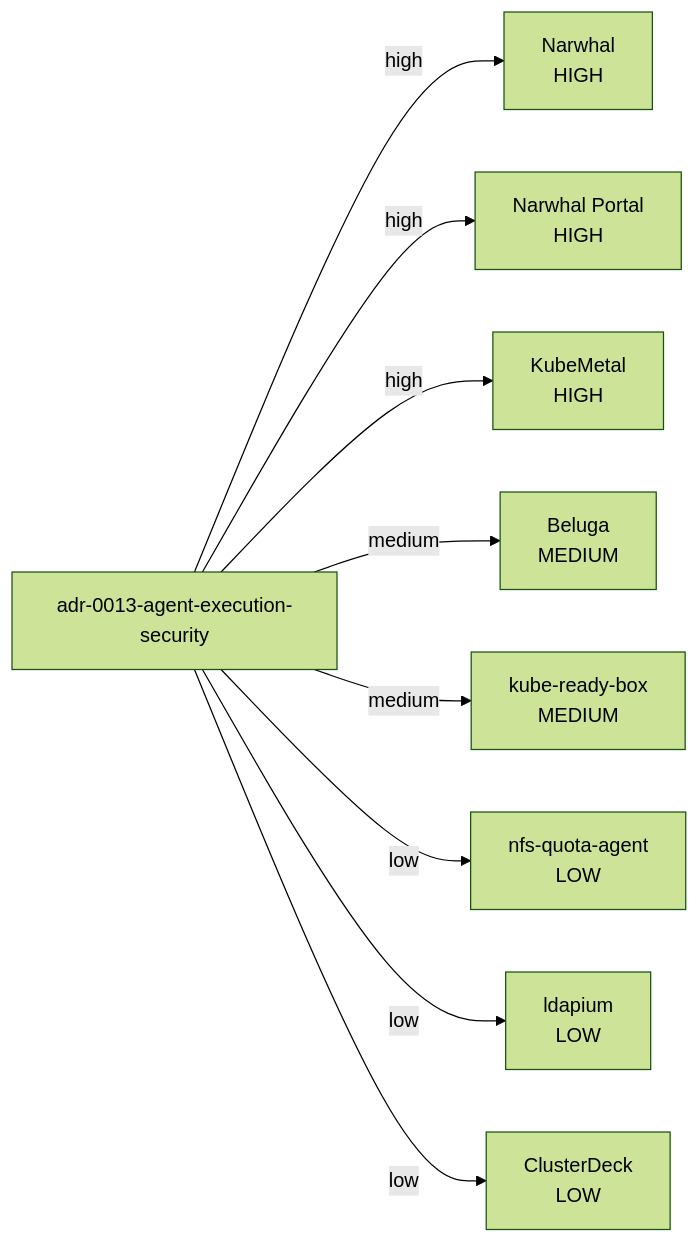
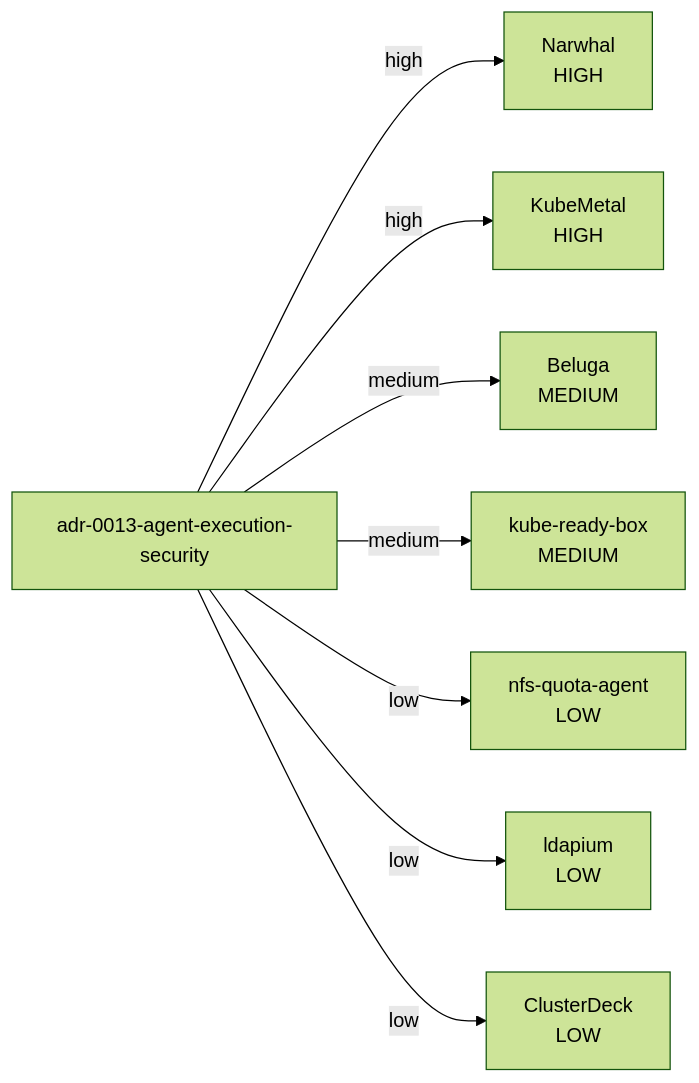
One commit to dasomel/openforge changed the diagram in docs/portfolio-impact.md. Above: the diagram before and after it, drawn with Mermaid (forest theme). The commit also changed other lines of this file and 31 other files, not shown here.

First line of the commit message:
chore(portfolio): fold narwhal-portal into narwhal (#162)

````diff
--- a/docs/portfolio-impact.md
+++ b/docs/portfolio-impact.md
@@ -28,20 +27,18 @@
 ```mermaid
 flowchart LR
   standard["adr-0013-agent-execution-security"]
   narwhal["Narwhal\nHIGH"]
   standard -->|high| narwhal
-  narwhal_portal["Narwhal Portal\nHIGH"]
-  standard -->|high| narwhal_portal
   kubemetal["KubeMetal\nHIGH"]
   standard -->|high| kubemetal
   beluga["Beluga\nMEDIUM"]
   standard -->|medium| beluga
   kube_ready_box["kube-ready-box\nMEDIUM"]
   standard -->|medium| kube_ready_box
   nfs_quota_agent["nfs-quota-agent\nLOW"]
   standard -->|low| nfs_quota_agent
   ldapium["ldapium\nLOW"]
   standard -->|low| ldapium
   clusterdeck["ClusterDeck\nLOW"]
   standard -->|low| clusterdeck
 ```
````
